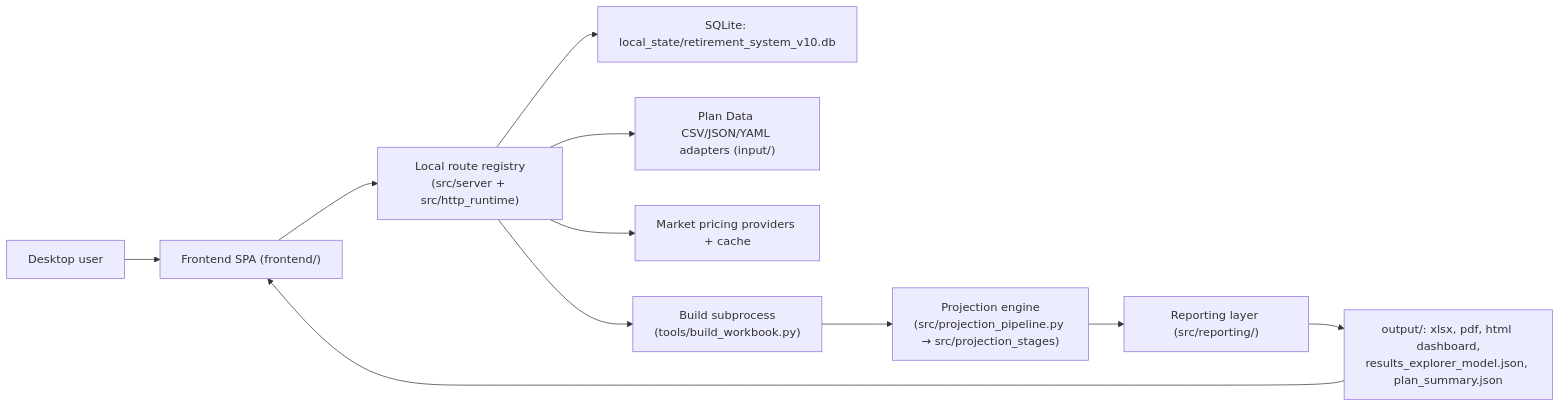
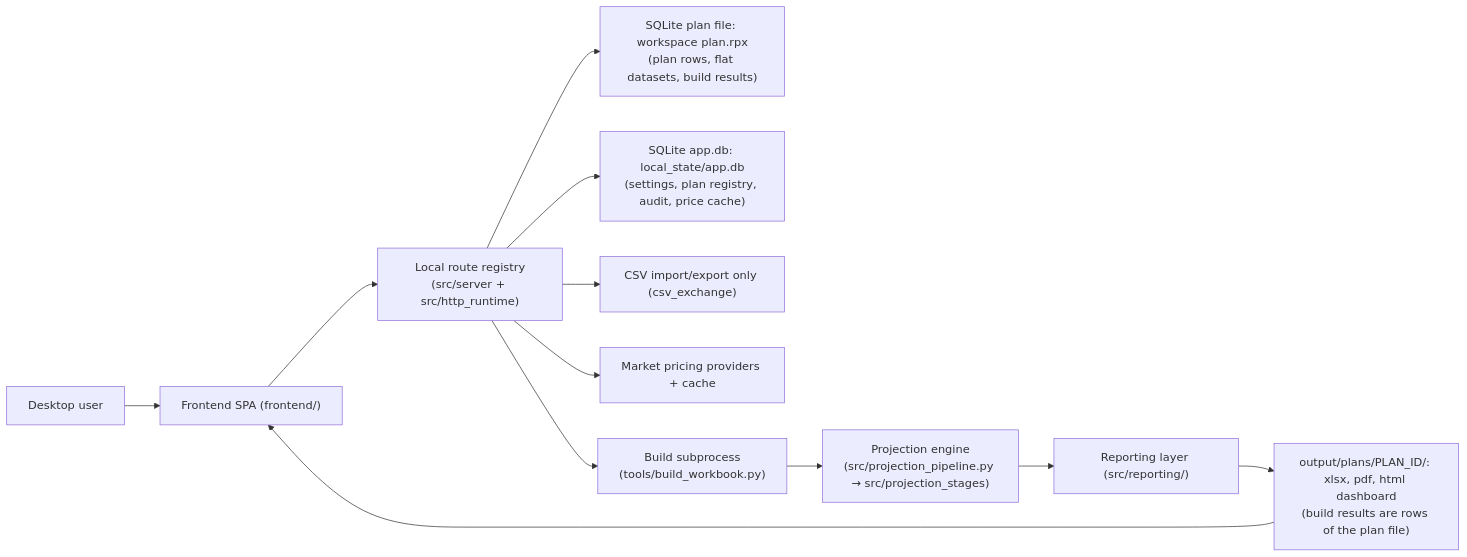
The first of 2 diagrams in documentation/reference/CURRENT_SYSTEM_DESIGN_SPEC.md (matthartzman/retirement_system), drawn with Mermaid before and after one commit. The commit also changed other lines of this file and 9 other files, not shown here.

First line of the commit message:
WP11.5: docs, release notes, diagram label; section 7 status for WP11

````diff
--- a/documentation/reference/CURRENT_SYSTEM_DESIGN_SPEC.md
+++ b/documentation/reference/CURRENT_SYSTEM_DESIGN_SPEC.md
@@ -20,13 +22,14 @@
 ```mermaid
 flowchart LR
     User["Desktop user"] --> UI["Frontend SPA (frontend/)"]
     UI --> Runtime["Local route registry\n(src/server + src/http_runtime)"]
-    Runtime --> DB["SQLite: local_state/retirement_system_v10.db"]
-    Runtime --> Files["Plan Data CSV/JSON/YAML adapters (input/)"]
+    Runtime --> PlanDB["SQLite plan file: workspace plan.rpx\n(plan rows, flat datasets, build results)"]
+    Runtime --> AppDB["SQLite app.db: local_state/app.db\n(settings, plan registry, audit, price cache)"]
+    Runtime --> Files["CSV import/export only (csv_exchange)"]
     Runtime --> Pricing["Market pricing providers + cache"]
     Runtime --> BuildProc["Build subprocess\n(tools/build_workbook.py)"]
     BuildProc --> Engine["Projection engine\n(src/projection_pipeline.py → src/projection_stages)"]
     Engine --> Reporting["Reporting layer (src/reporting/)"]
-    Reporting --> Outputs["output/: xlsx, pdf, html dashboard,\nresults_explorer_model.json, plan_summary.json"]
+    Reporting --> Outputs["output/plans/PLAN_ID/: xlsx, pdf, html dashboard\n(build results are rows of the plan file)"]
     Outputs --> UI
 ```
````
